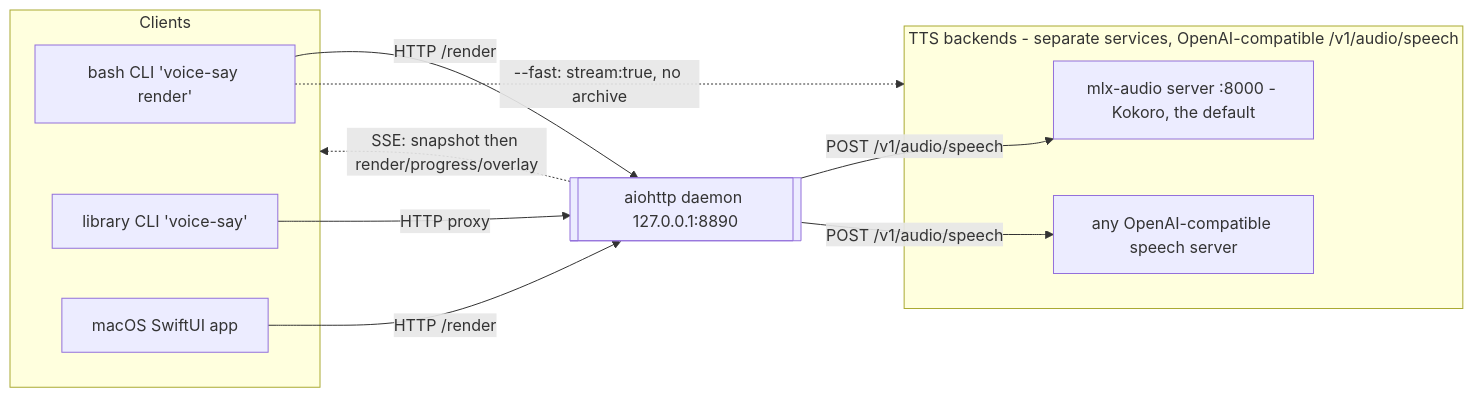
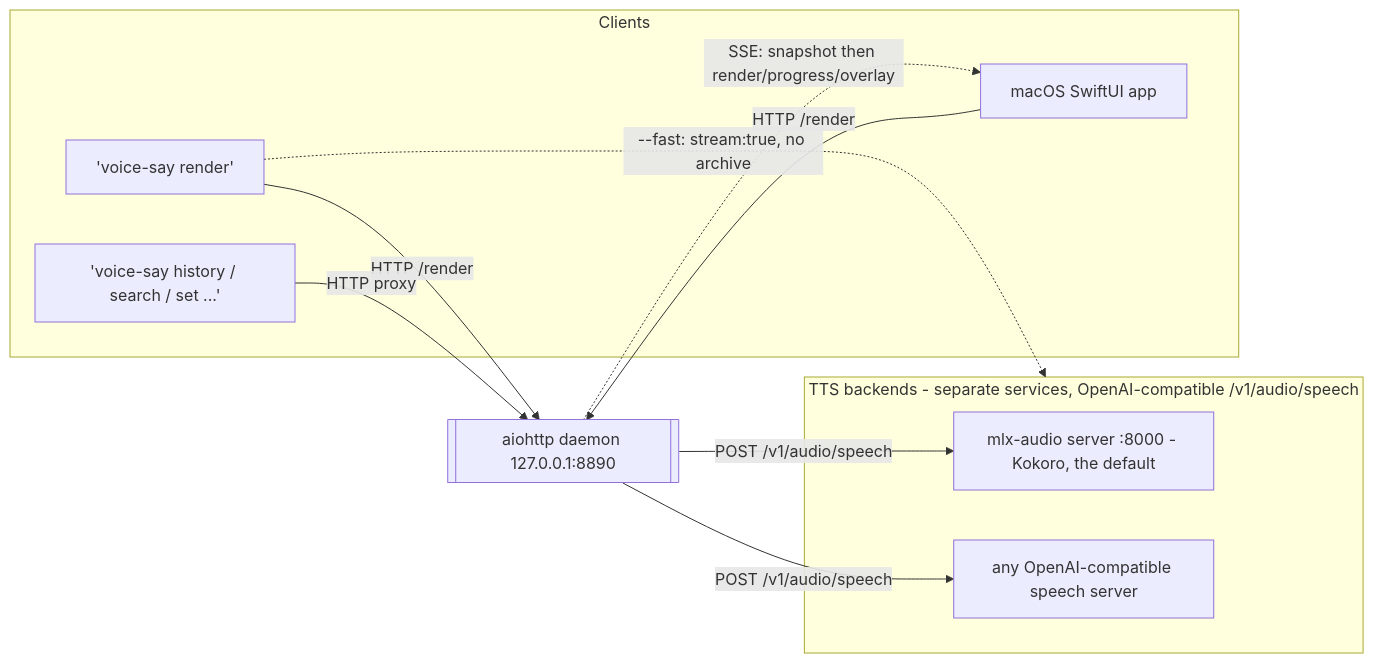
One commit to quillrun/voice-say changed the first of 2 diagrams in docs/internals/architecture.md. Above: the diagram before and after it, drawn with Mermaid. The commit also changed other lines of this file and 107 other files, not shown here.

First line of the commit message:
voice-say 2.0.1

````diff
--- a/docs/internals/architecture.md
+++ b/docs/internals/architecture.md
@@ -33,25 +34,25 @@
 ```mermaid
 flowchart LR
   subgraph clients [Clients]
-    cli[bash CLI 'voice-say render']
-    lib[library CLI 'voice-say']
+    cli['voice-say render']
+    lib['voice-say history / search / set ...']
     app[macOS SwiftUI app]
   end
 
   daemon[[aiohttp daemon 127.0.0.1:8890]]
 
   subgraph backends [TTS backends - separate services, OpenAI-compatible /v1/audio/speech]
     kokoro[mlx-audio server :8000 - Kokoro, the default]
     other[any OpenAI-compatible speech server]
   end
 
   cli -->|HTTP /render| daemon
   app -->|HTTP /render| daemon
   lib -->|HTTP proxy| daemon
 
   daemon -->|POST /v1/audio/speech| kokoro
   daemon -->|POST /v1/audio/speech| other
   cli -.->|--fast: stream:true, no archive| backends
 
-  daemon -.->|SSE: snapshot then render/progress/overlay| clients
+  daemon -.->|SSE: snapshot then render/progress/overlay| app
 ```
````
